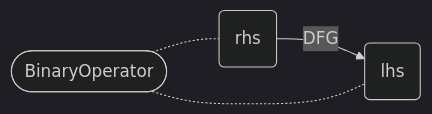
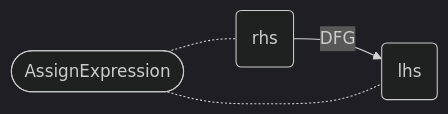
One commit to Fraunhofer-AISEC/cpg changed the fourth of 38 diagrams in docs/docs/CPG/specs/dfg.md. Above: the diagram before and after it, drawn with Mermaid (dark theme). The commit also changed other lines of this file and 15 other files, not shown here.

````diff
--- a/docs/docs/CPG/specs/dfg.md
+++ b/docs/docs/CPG/specs/dfg.md
@@ -73,7 +72,6 @@
 ```mermaid
 flowchart LR
-    node([BinaryOperator]) -.- rhs(rhs);
+    node([AssignExpression]) -.- rhs(rhs);
       rhs -- DFG --> lhs;
-    node([BinaryOperator]) -.- lhs(lhs);
-
+    node([AssignExpression]) -.- lhs(lhs);
 ```
````
